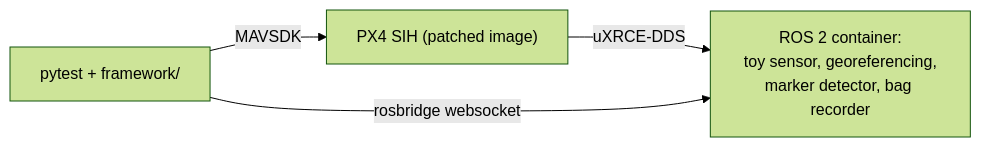
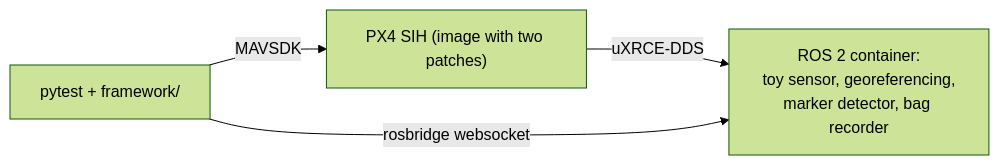
Before and after one commit to Alexli18/drone-mission-sim-tests: the second of 2 diagrams in README.md, drawn with Mermaid (forest theme). The commit also changed other lines of this file and 1 other file, not shown here.

````diff
--- a/README.md
+++ b/README.md
@@ -95,6 +79,6 @@
 ```mermaid
 flowchart LR
-    PT["pytest + framework/"] -- MAVSDK --> PX4["PX4 SIH (patched image)"]
+    PT["pytest + framework/"] -- MAVSDK --> PX4["PX4 SIH (image with two patches)"]
     PX4 -- "uXRCE-DDS" --> ROS["ROS 2 container:<br/>toy sensor, georeferencing,<br/>marker detector, bag recorder"]
     PT -- "rosbridge websocket" --> ROS
 ```
````
